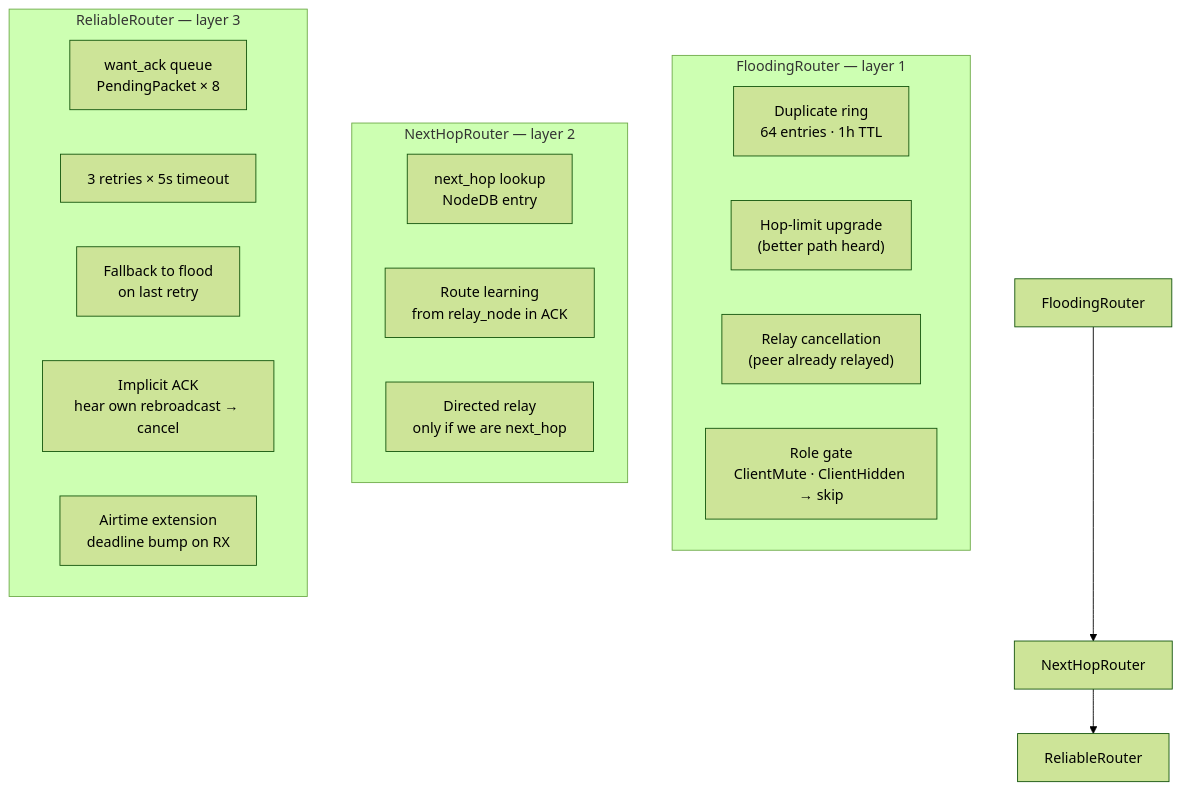
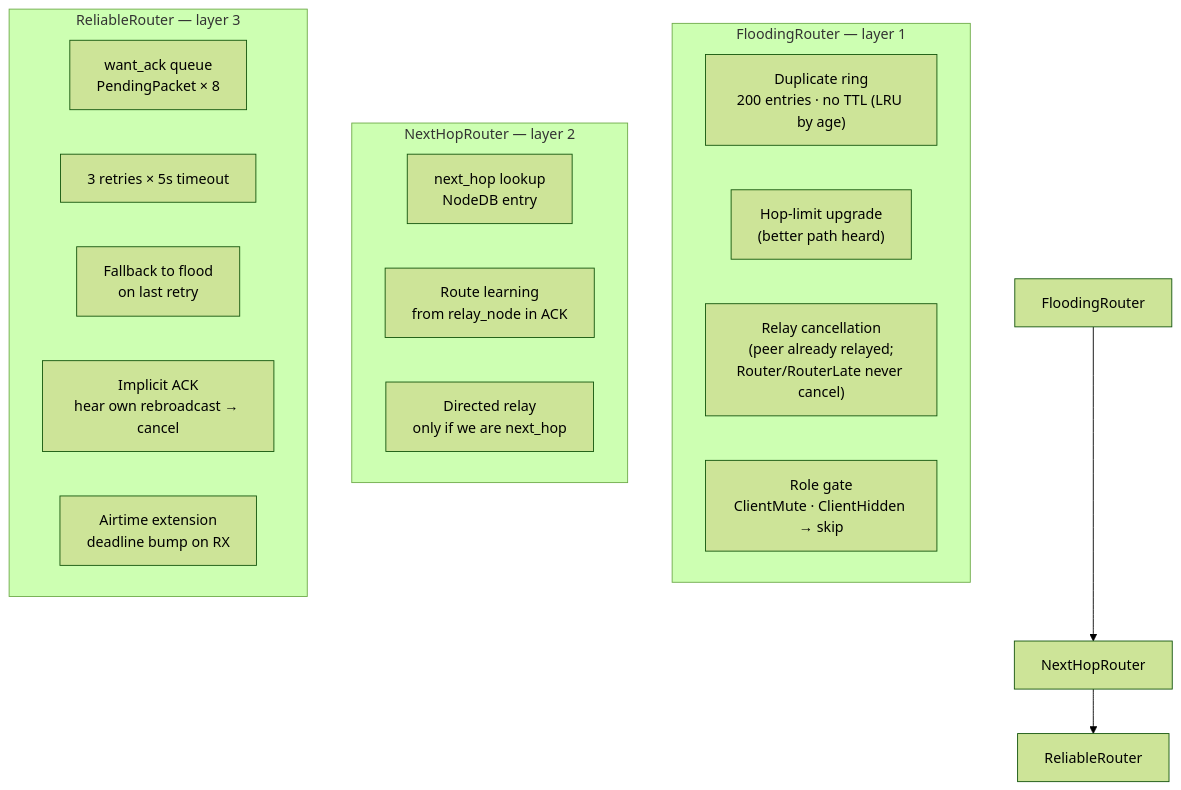
Before and after one commit to psytraxx/meshtastenstein-rs: the fourth of 6 diagrams in README.md, drawn with Mermaid (forest theme). The commit also changed other lines of this file and 4 other files, not shown here.

First line of the commit message:
Enlarge duplicate-detection cache, drop TTL, gate relay cancel by role

````diff
--- a/README.md
+++ b/README.md
@@ -185,25 +185,25 @@
 ```mermaid
 graph TB
     subgraph "FloodingRouter — layer 1"
-        DD["Duplicate ring<br/>64 entries · 1h TTL"]
+        DD["Duplicate ring<br/>200 entries · no TTL (LRU by age)"]
         HU["Hop-limit upgrade<br/>(better path heard)"]
-        RC["Relay cancellation<br/>(peer already relayed)"]
+        RC["Relay cancellation<br/>(peer already relayed;<br/>Router/RouterLate never cancel)"]
         RB["Role gate<br/>ClientMute · ClientHidden → skip"]
     end
 
     subgraph "NextHopRouter — layer 2"
         NL["next_hop lookup<br/>NodeDB entry"]
         RL["Route learning<br/>from relay_node in ACK"]
         DR["Directed relay<br/>only if we are next_hop"]
     end
 
     subgraph "ReliableRouter — layer 3"
         WA["want_ack queue<br/>PendingPacket × 8"]
         RT["3 retries × 5s timeout"]
         FB["Fallback to flood<br/>on last retry"]
         IA["Implicit ACK<br/>hear own rebroadcast → cancel"]
         AE["Airtime extension<br/>deadline bump on RX"]
     end
 
     FloodingRouter --> NextHopRouter --> ReliableRouter
 ```
````
